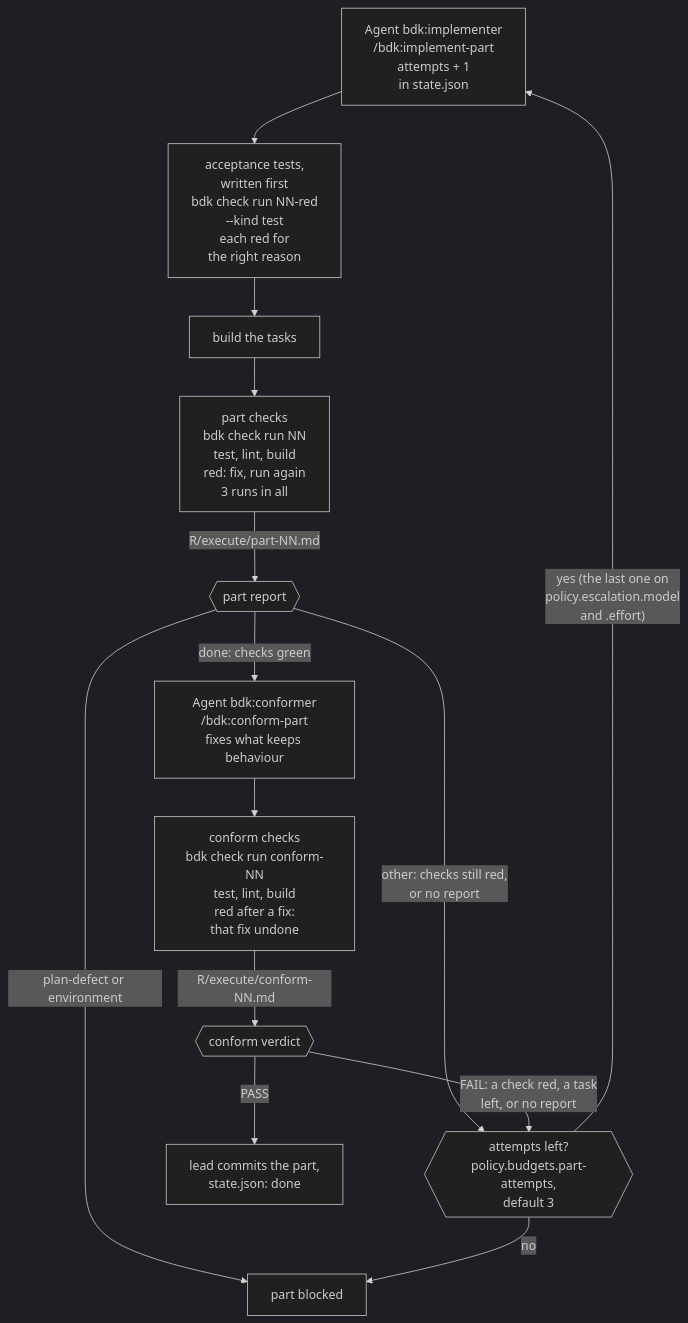
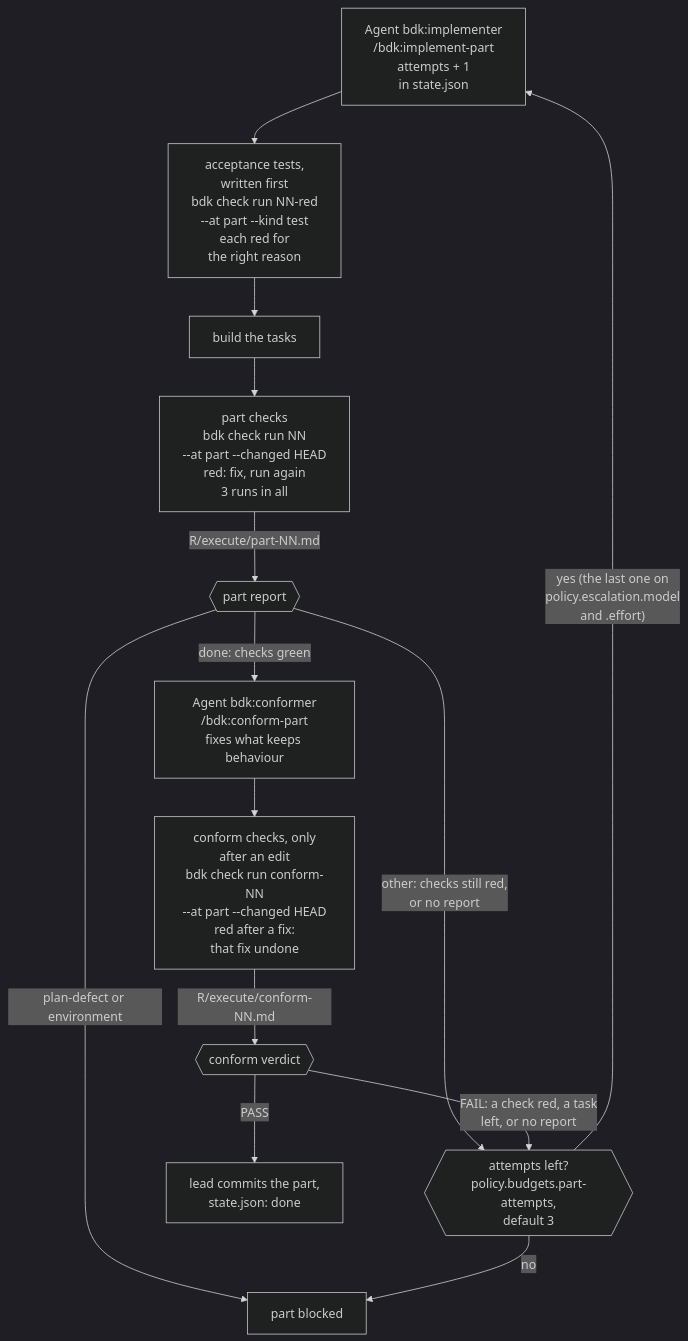
Before and after one commit to broneq/bdk: the seventh of 15 diagrams in docs/concepts/orchestrators.md, drawn with Mermaid (dark theme). The commit also changed other lines of this file and 119 other files, not shown here.

First line of the commit message:
feat(bdk)!: run checks at part, wave and review points

````diff
--- a/docs/concepts/orchestrators.md
+++ b/docs/concepts/orchestrators.md
@@ -141,18 +142,18 @@
 ```mermaid
 %%{init: {"flowchart": {"wrappingWidth": 200}}}%%
 flowchart TB
   IMP["Agent bdk:implementer<br/>/bdk:implement-part<br/>attempts + 1<br/>in state.json"]
-  IMP --> RED["acceptance tests,<br/>written first<br/>bdk check run NN-red<br/>--kind test<br/>each red for<br/>the right reason"]
+  IMP --> RED["acceptance tests,<br/>written first<br/>bdk check run NN-red<br/>--at part --kind test<br/>each red for<br/>the right reason"]
   RED --> BUILD["build the tasks"]
-  BUILD --> PC["part checks<br/>bdk check run NN<br/>test, lint, build<br/>red: fix, run again<br/>3 runs in all"]
+  BUILD --> PC["part checks<br/>bdk check run NN<br/>--at part --changed HEAD<br/>red: fix, run again<br/>3 runs in all"]
   PC -->|"R/execute/part-NN.md"| RI{{"part report"}}
   RI -->|"plan-defect or environment"| PB["part blocked"]
   RI -->|"other: checks still red,<br/>or no report"| RETRY
   RI -->|"done: checks green"| CONF["Agent bdk:conformer<br/>/bdk:conform-part<br/>fixes what keeps behaviour"]
-  CONF --> CC["conform checks<br/>bdk check run conform-NN<br/>test, lint, build<br/>red after a fix:<br/>that fix undone"]
+  CONF --> CC["conform checks, only<br/>after an edit<br/>bdk check run conform-NN<br/>--at part --changed HEAD<br/>red after a fix:<br/>that fix undone"]
   CC -->|"R/execute/conform-NN.md"| RC{{"conform verdict"}}
   RC -->|"FAIL: a check red, a task<br/>left, or no report"| RETRY{{"attempts left?<br/>policy.budgets.part-attempts,<br/>default 3"}}
   RETRY -->|"yes (the last one on<br/>policy.escalation.model<br/>and .effort)"| IMP
   RETRY -->|"no"| PB
   RC -->|"PASS"| COM["lead commits the part,<br/>state.json: done"]
 ```
````
